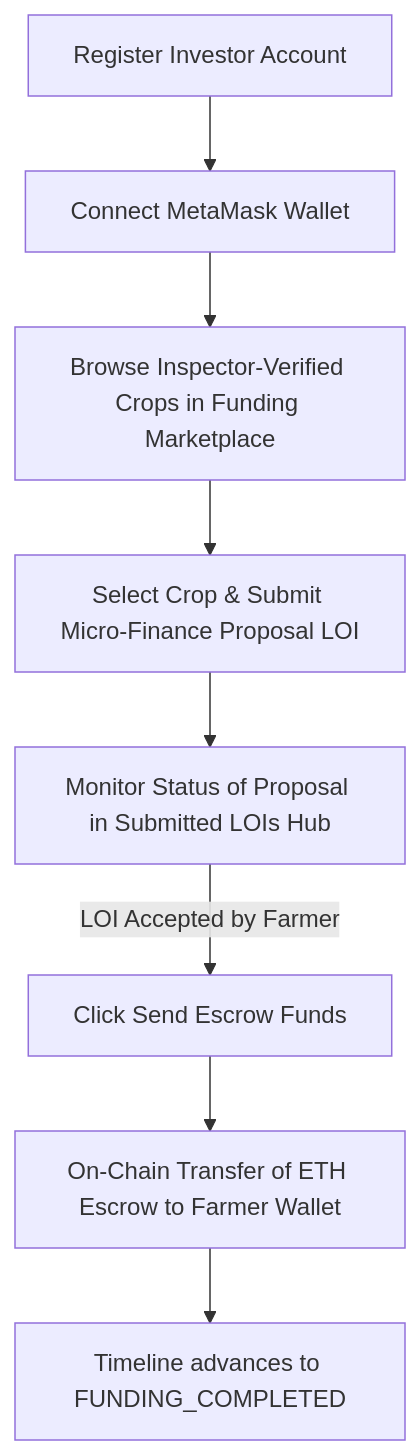
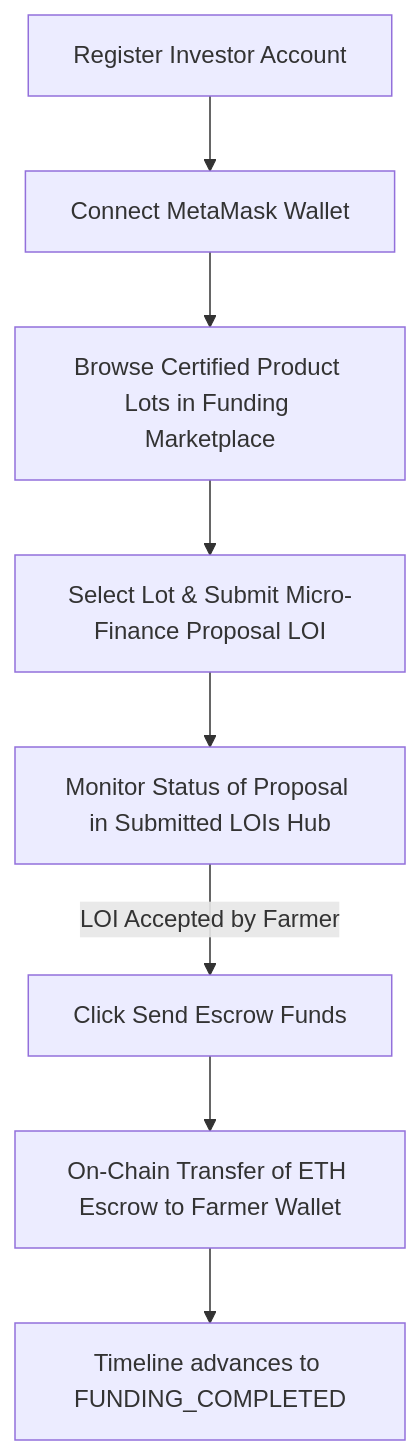
The fifth of 7 diagrams in workflow.md (Vedansh-Harish-Ail/AgroChain), drawn with Mermaid before and after one commit. The commit also changed other lines of this file and 1 other file, not shown here.

````diff
--- a/workflow.md
+++ b/workflow.md
@@ -169,10 +167,10 @@
 ```mermaid
 graph TD
     A[Register Investor Account] --> B[Connect MetaMask Wallet]
-    B --> C[Browse Inspector-Verified Crops in Funding Marketplace]
-    C --> D[Select Crop & Submit Micro-Finance Proposal LOI]
+    B --> C[Browse Certified Product Lots in Funding Marketplace]
+    C --> D[Select Lot & Submit Micro-Finance Proposal LOI]
     D --> E[Monitor Status of Proposal in Submitted LOIs Hub]
     E -->|LOI Accepted by Farmer| F[Click Send Escrow Funds]
     F --> G[On-Chain Transfer of ETH Escrow to Farmer Wallet]
     G --> H[Timeline advances to FUNDING_COMPLETED]
 ```
````
